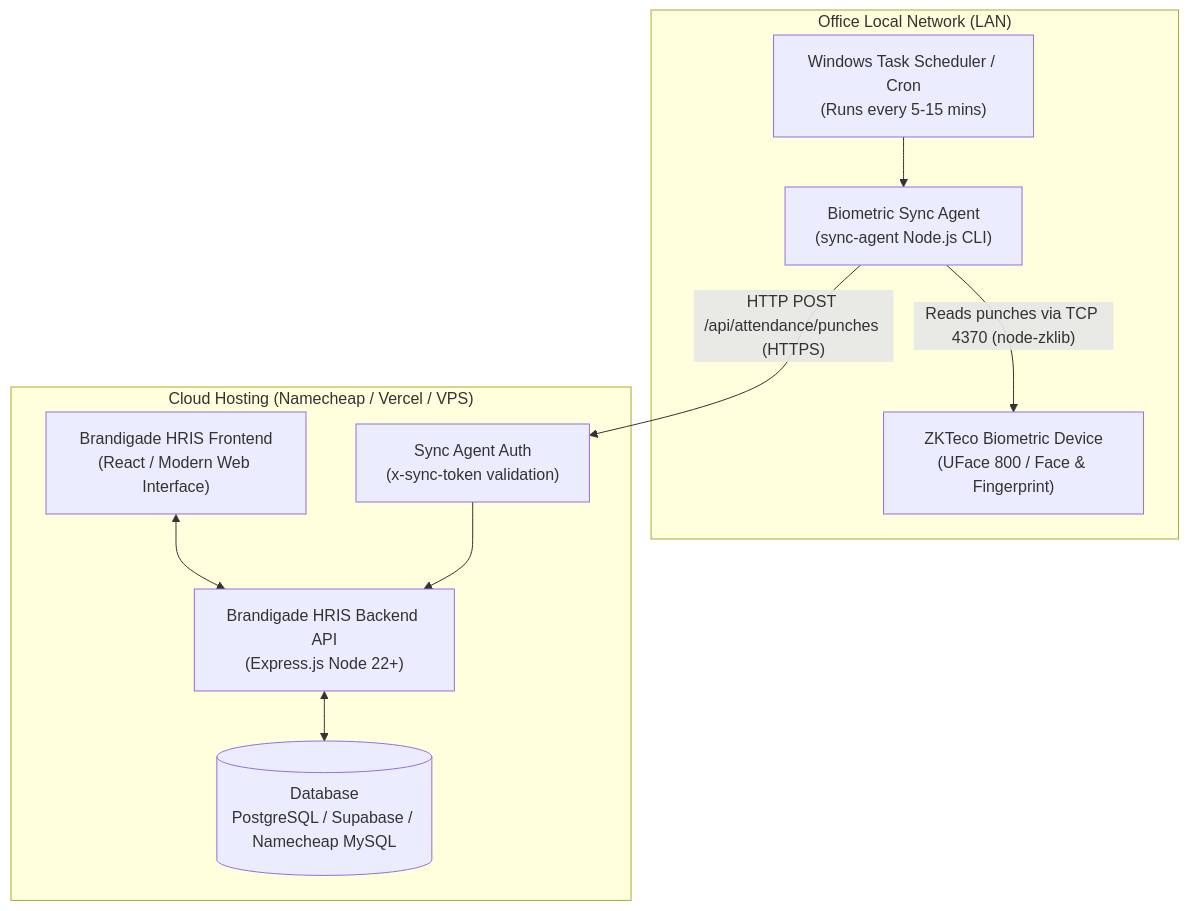
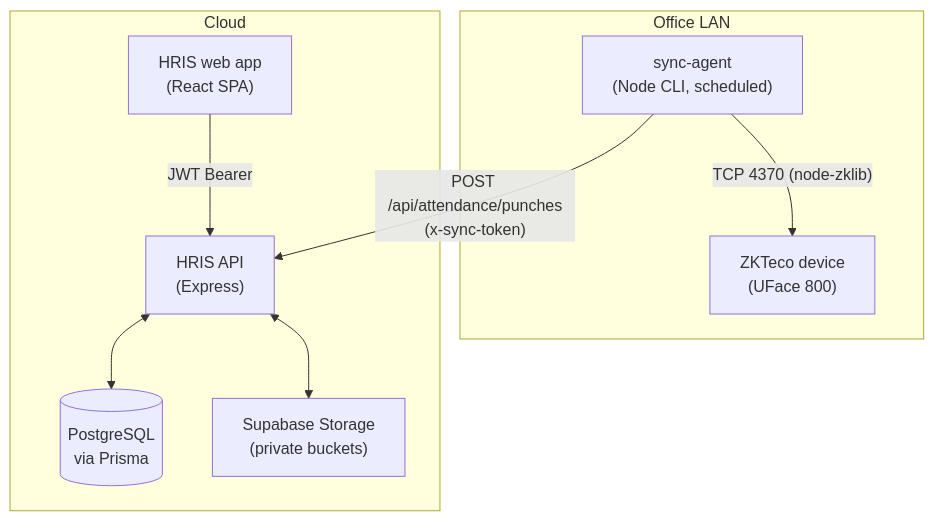
One commit to TeRmInAtOrX14/hrisfinal changed the diagram in README.md. Above: the diagram before and after it, drawn with Mermaid. The commit also changed other lines of this file and 82 other files, not shown here.

````diff
--- a/README.md
+++ b/README.md
@@ -9,23 +15,21 @@
 ```mermaid
 flowchart TD
-    subgraph Office_LAN["Office Local Network (LAN)"]
-        ZK["ZKTeco Biometric Device\n(UFace 800 / Face & Fingerprint)"]
-        Agent["Biometric Sync Agent\n(sync-agent Node.js CLI)"]
-        TaskSch["Windows Task Scheduler / Cron\n(Runs every 5-15 mins)"]
-        
-        TaskSch --> Agent
-        Agent -- "Reads punches via TCP 4370 (node-zklib)" --> ZK
+    subgraph LAN["Office LAN"]
+        ZK["ZKTeco device<br/>(UFace 800)"]
+        Agent["sync-agent<br/>(Node CLI, scheduled)"]
+        Agent -- "TCP 4370 (node-zklib)" --> ZK
     end
 
-    subgraph Hosting_Cloud["Cloud Hosting (Namecheap / Vercel / VPS)"]
-        API["Brandigade HRIS Backend API\n(Express.js Node 22+)"]
-        AuthMiddleware["Sync Agent Auth\n(x-sync-token validation)"]
-        DB[(Database\nPostgreSQL / Supabase / Namecheap MySQL)]
-        Frontend["Brandigade HRIS Frontend\n(React / Modern Web Interface)"]
-        
+    subgraph Cloud["Cloud"]
+        API["HRIS API<br/>(Express)"]
+        DB[("PostgreSQL<br/>via Prisma")]
+        Storage["Supabase Storage<br/>(private buckets)"]
+        Web["HRIS web app<br/>(React SPA)"]
+
         API <--> DB
-        Frontend <--> API
+        API <--> Storage
+        Web -- "JWT Bearer" --> API
     end
 
-    Agent -- "HTTP POST /api/attendance/punches (HTTPS)" --> AuthMiddleware --> API
+    Agent -- "POST /api/attendance/punches<br/>(x-sync-token)" --> API
 ```
````
